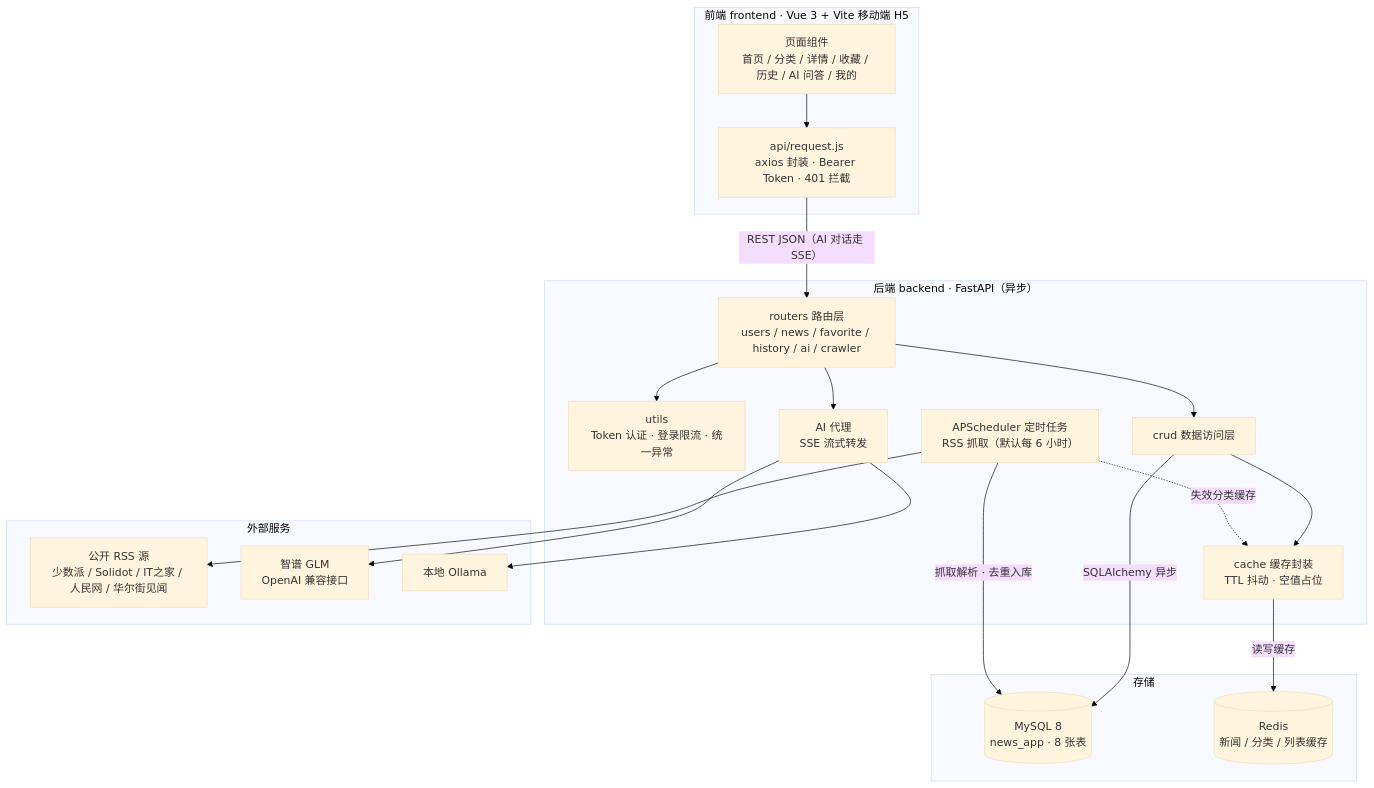
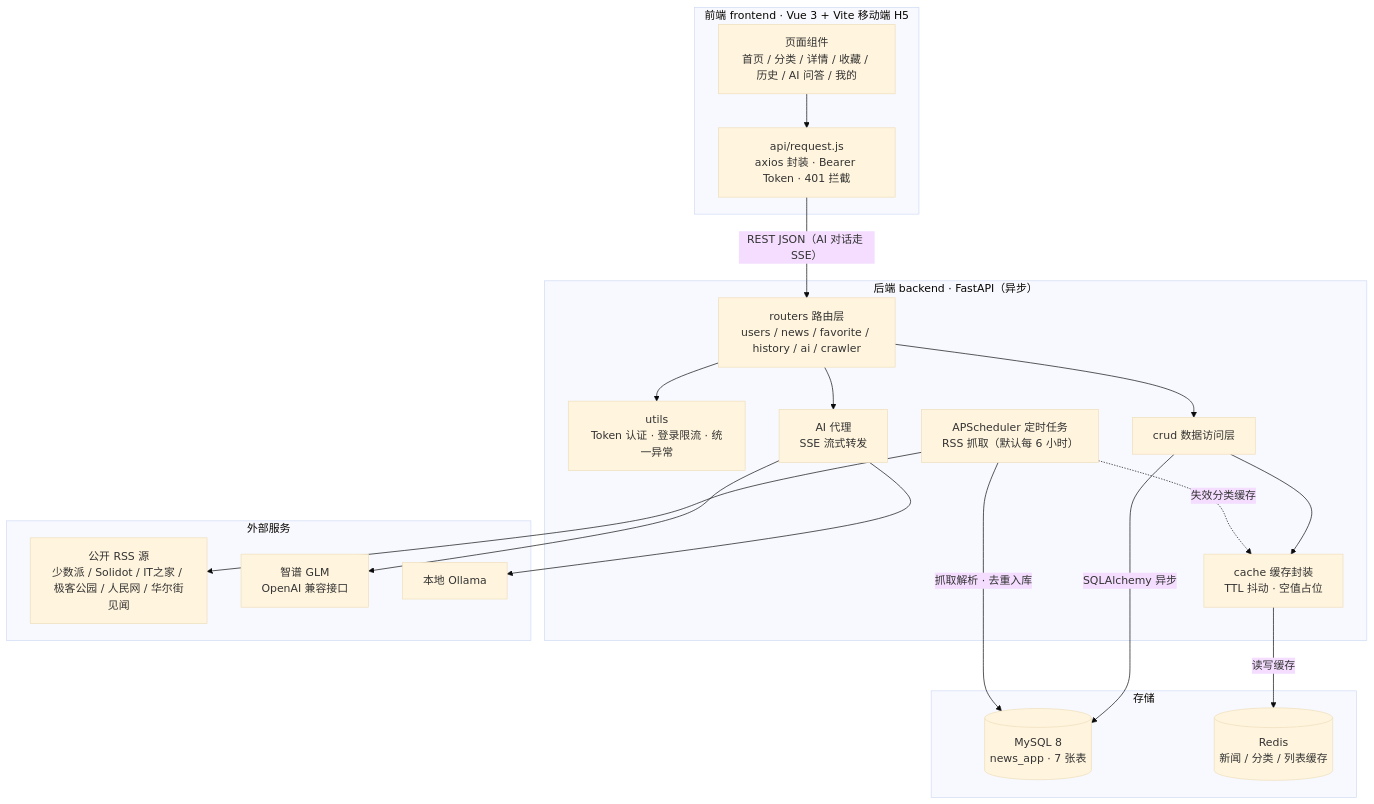
One commit to shangguanyunji663/FirstPythonWebFastAPI changed the diagram in README.md. Above: the diagram before and after it, drawn with Mermaid (base theme). The commit also changed other lines of this file and 3 other files, not shown here.

````diff
--- a/README.md
+++ b/README.md
@@ -11,41 +11,41 @@
 ```mermaid
 flowchart TB
     subgraph FE["前端 frontend · Vue 3 + Vite 移动端 H5"]
         V["页面组件<br/>首页 / 分类 / 详情 / 收藏 / 历史 / AI 问答 / 我的"]
         AX["api/request.js<br/>axios 封装 · Bearer Token · 401 拦截"]
     end
 
     subgraph BE["后端 backend · FastAPI（异步）"]
         RT["routers 路由层<br/>users / news / favorite / history / ai / crawler"]
         UT["utils<br/>Token 认证 · 登录限流 · 统一异常"]
         AIP["AI 代理<br/>SSE 流式转发"]
         CR["crud 数据访问层"]
         CA["cache 缓存封装<br/>TTL 抖动 · 空值占位"]
         SC["APScheduler 定时任务<br/>RSS 抓取（默认每 6 小时）"]
     end
 
     subgraph STORE["存储"]
-        MY[("MySQL 8<br/>news_app · 8 张表")]
+        MY[("MySQL 8<br/>news_app · 7 张表")]
         RD[("Redis<br/>新闻 / 分类 / 列表缓存")]
     end
 
     subgraph EXT["外部服务"]
-        RSS["公开 RSS 源<br/>少数派 / Solidot / IT之家 / 人民网 / 华尔街见闻"]
+        RSS["公开 RSS 源<br/>少数派 / Solidot / IT之家 / 极客公园 / 人民网 / 华尔街见闻"]
         ZP["智谱 GLM<br/>OpenAI 兼容接口"]
         OL["本地 Ollama"]
     end
 
     V --> AX
     AX -->|"REST JSON（AI 对话走 SSE）"| RT
     RT --> UT
     RT --> AIP
     RT --> CR
     AIP --> ZP
     AIP --> OL
     CR -->|"SQLAlchemy 异步"| MY
     CR --> CA
     CA -->|"读写缓存"| RD
     SC -->|"抓取解析 · 去重入库"| MY
     SC --> RSS
     SC -.->|"失效分类缓存"| CA
 ```
````
